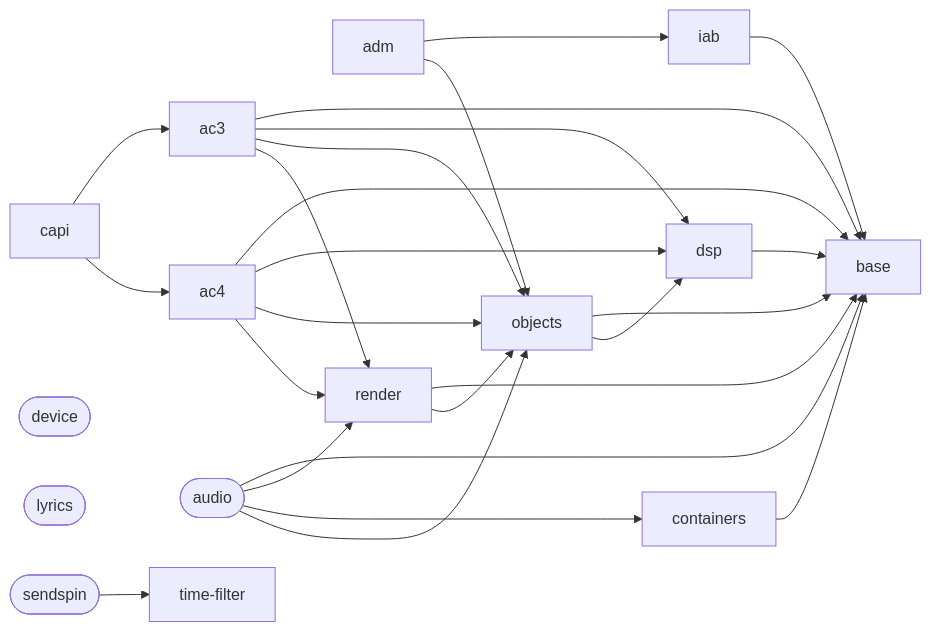
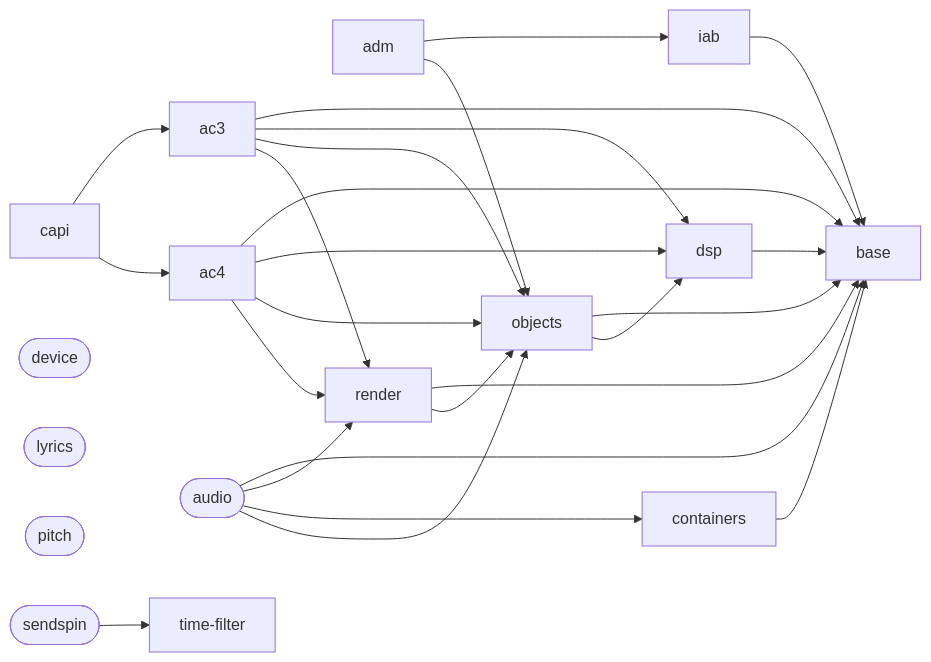
One commit to iainchesworthlabs/iclforge changed the diagram in docs/projects.md. Above: the diagram before and after it, drawn with Mermaid. The commit also changed other lines of this file and 19 other files, not shown here.

````diff
--- a/docs/projects.md
+++ b/docs/projects.md
@@ -100,42 +101,43 @@
 ```mermaid
 flowchart LR
     ac3["ac3"]
     ac4["ac4"]
     adm["adm"]
     audio(["audio"])
     base["base"]
     capi["capi"]
     containers["containers"]
     device(["device"])
     dsp["dsp"]
     iab["iab"]
     lyrics(["lyrics"])
     objects["objects"]
+    pitch(["pitch"])
     render["render"]
     sendspin(["sendspin"])
     time_filter["time-filter"]
     ac3 --> base
     ac3 --> dsp
     ac3 --> objects
     ac3 --> render
     ac4 --> base
     ac4 --> dsp
     ac4 --> objects
     ac4 --> render
     adm --> iab
     adm --> objects
     audio --> base
     audio --> render
     audio --> containers
     audio --> objects
     capi --> ac3
     capi --> ac4
     containers --> base
     dsp --> base
     iab --> base
     objects --> base
     objects --> dsp
     render --> base
     render --> objects
     sendspin --> time_filter
 ```
````
